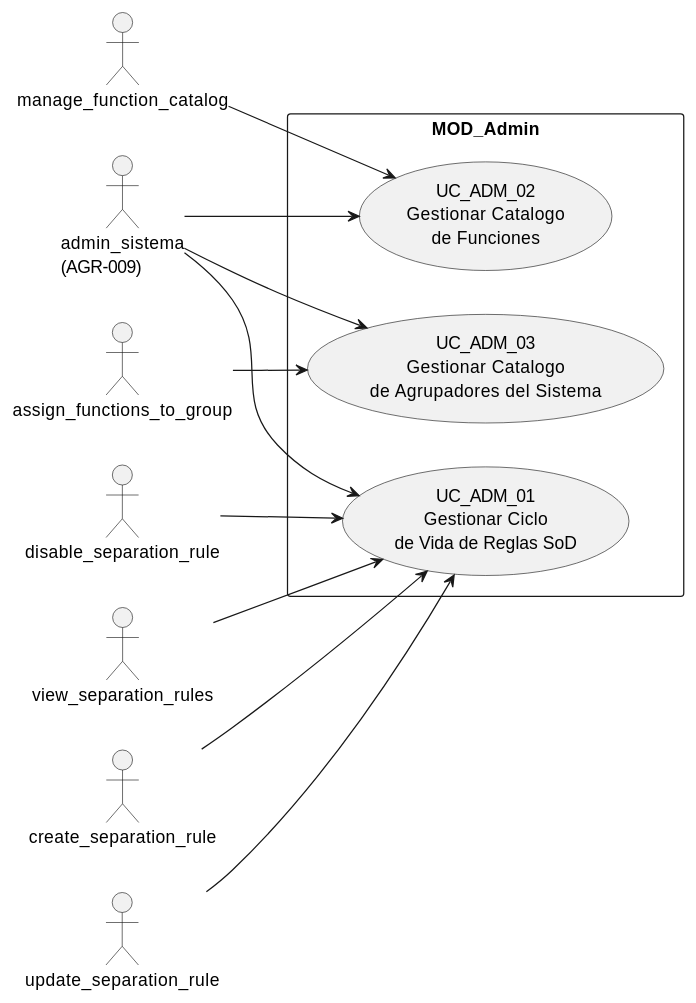
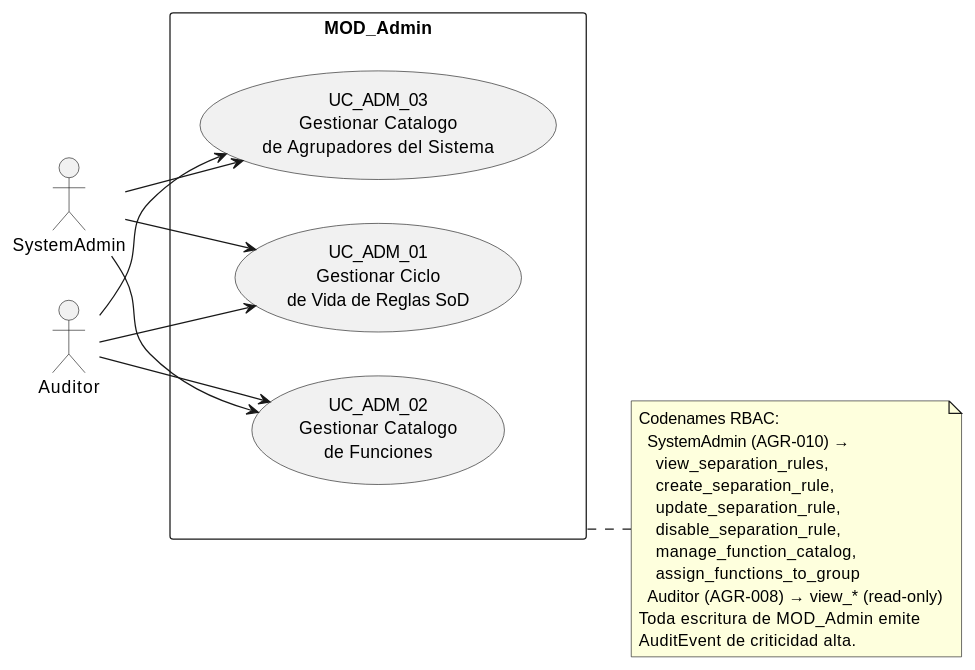
Before and after one commit to jcg-admin/IACT-docs: the diagram in source/arquitectura-tecnica/use-case-view/uc-admin.rst, drawn with PlantUML. The commit also changed other lines of this file and 30 other files, not shown here.

First line of the commit message:
Apply UML-07 conformance to use-case-view: actors as roles

```diff
--- a/source/arquitectura-tecnica/use-case-view/uc-admin.rst
+++ b/source/arquitectura-tecnica/use-case-view/uc-admin.rst
@@ -35,34 +35,39 @@
 .. uml::
- :caption: Figura 20 — MOD_Admin: casos de uso
+ :caption: MOD_Admin — SystemAdmin gestiona los 3 catálogos
+           del modelo RBAC.
 
  @startuml
  left to right direction
 
- actor "admin_sistema\n(AGR-009)" as admin_sys
- actor "manage_function_catalog" as mfc
- actor "create_separation_rule" as csr
- actor "update_separation_rule" as usr
- actor "disable_separation_rule" as dsr
- actor "view_separation_rules" as vsr
- actor "assign_functions_to_group" as aftg
+ actor SystemAdmin
+ actor Auditor
 
  rectangle "MOD_Admin" {
    usecase "UC_ADM_01\nGestionar Ciclo\nde Vida de Reglas SoD" as ADM01
    usecase "UC_ADM_02\nGestionar Catalogo\nde Funciones" as ADM02
    usecase "UC_ADM_03\nGestionar Catalogo\nde Agrupadores del Sistema" as ADM03
  }
 
- admin_sys --> ADM01
- admin_sys --> ADM02
- admin_sys --> ADM03
+ SystemAdmin --> ADM01
+ SystemAdmin --> ADM02
+ SystemAdmin --> ADM03
 
- vsr --> ADM01
- csr --> ADM01
- usr --> ADM01
- dsr --> ADM01
+ Auditor --> ADM01
+ Auditor --> ADM02
+ Auditor --> ADM03
 
- mfc --> ADM02
-
- aftg --> ADM03
+ note right of MOD_Admin
+   Codenames RBAC:
+     SystemAdmin (AGR-010) →
+       view_separation_rules,
+       create_separation_rule,
+       update_separation_rule,
+       disable_separation_rule,
+       manage_function_catalog,
+       assign_functions_to_group
+     Auditor (AGR-008) → view_* (read-only)
+   Toda escritura de MOD_Admin emite
+   AuditEvent de criticidad alta.
+ end note
 
  @enduml
```
